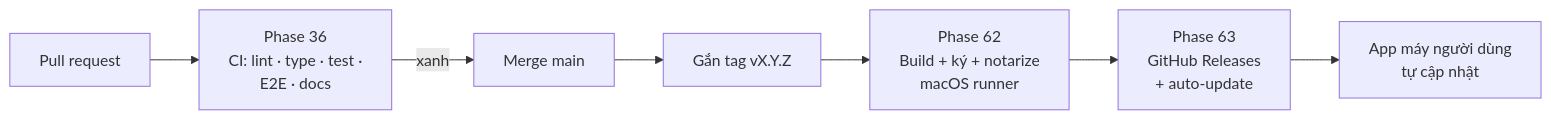
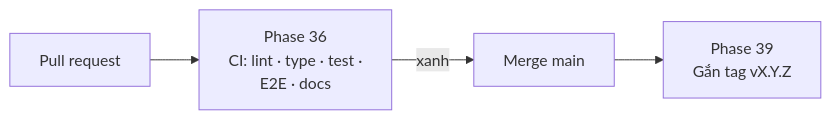
The diagram in docs/web/version-7.md (nvminhtu/niche-radar-docs), drawn with Mermaid before and after one commit. The commit also changed other lines of this file and 39 other files, not shown here.

Commit message:
docs: sync — trang Web bỏ phần app Mac, App làm khi xong Version 9

````diff
--- a/docs/web/version-7.md
+++ b/docs/web/version-7.md
@@ -19,9 +17,6 @@
 ```mermaid
 flowchart LR
   PR[Pull request] --> CI[Phase 36<br/>CI: lint · type · test ·<br/>E2E · docs]
   CI -->|xanh| M[Merge main]
-  M --> T[Gắn tag vX.Y.Z]
-  T --> B[Phase 62<br/>Build + ký + notarize<br/>macOS runner]
-  B --> R[Phase 63<br/>GitHub Releases<br/>+ auto-update]
-  R --> U[App máy người dùng<br/>tự cập nhật]
+  M --> T[Phase 39<br/>Gắn tag vX.Y.Z]
 ```
````
